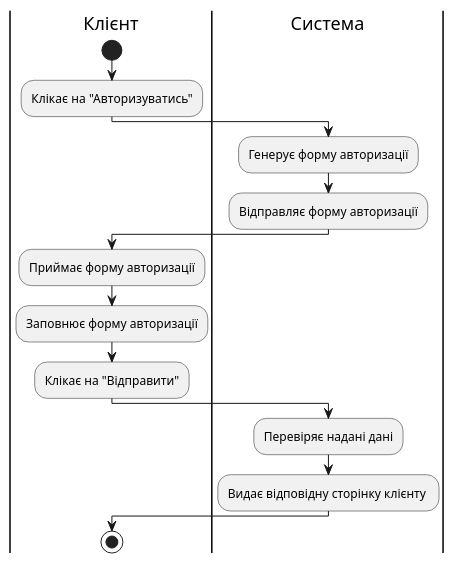
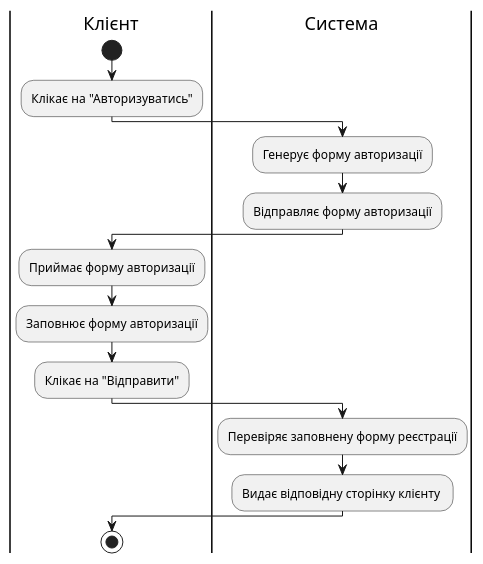
Before and after one commit to YehorSeniuk/IOO: the eighth of 16 diagrams in docs/use cases/README.md, drawn with PlantUML. The commit also changed other lines of this file, not shown here.

```diff
--- a/docs/use cases/README.md
+++ b/docs/use cases/README.md
@@ -151,21 +150,21 @@
 @startuml
 |Клієнт|
 start;
 :Клікає на "Авторизуватись";
 
 |Система|
 :Генерує форму авторизації;
 :Відправляє форму авторизації;
 
 |Клієнт|
 :Приймає форму авторизації;
 :Заповнює форму авторизації;
 :Клікає на "Відправити";
 
 |Система|
-:Перевіряє надані дані;
+:Перевіряє заповнену форму реєстрації;
 :Видає відповідну сторінку клієнту ;
 
 |Клієнт|
 stop;
 @enduml
```
